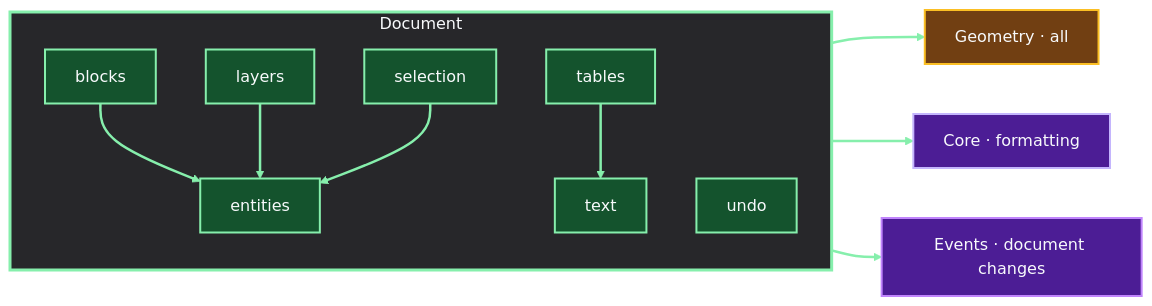
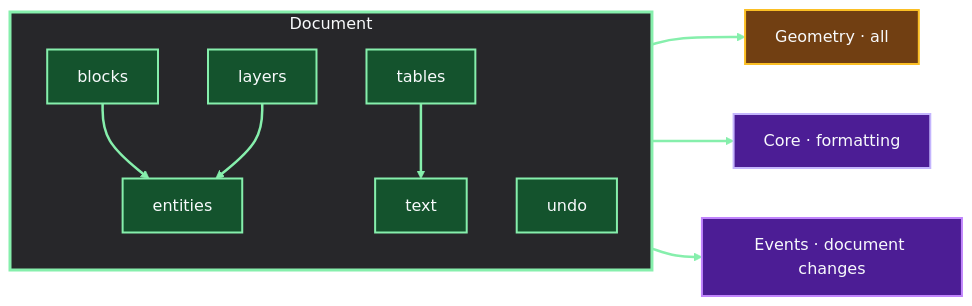
One commit to chetjones003/GoSurvey changed diagram 28 of 42 in docs/architecture/system-dependencies.md. Above: the diagram before and after it, drawn with Mermaid. The commit also changed other lines of this file and 5 other files, not shown here.

First line of the commit message:
docs(architecture): record drawing content and entity store ownership

````diff
--- a/docs/architecture/system-dependencies.md
+++ b/docs/architecture/system-dependencies.md
@@ -916,41 +918,37 @@
 ```mermaid
 flowchart LR
   subgraph document__SRC["Document"]
     direction TB
     document__ent["entities"]
     document__lay["layers"]
     document__blk["blocks"]
     document__tbl["tables"]
     document__txt["text"]
     document__undo["undo"]
-    document__sel["selection"]
   end
   document__t_geometry["Geometry · all"]
   document__t_core_fmt["Core · formatting"]
   document__t_events_docchg["Events · document changes"]
   document__ent --> document__t_geometry
   document__blk --> document__ent
   document__lay --> document__ent
   document__txt --> document__t_core_fmt
   document__tbl --> document__txt
   document__undo --> document__t_events_docchg
-  document__sel --> document__ent
   style document__SRC fill:#27272a,stroke:#86efac,stroke-width:3px,color:#f8fafc
   style document__ent fill:#14532d,stroke:#86efac,stroke-width:2px,color:#f8fafc
   style document__lay fill:#14532d,stroke:#86efac,stroke-width:2px,color:#f8fafc
   style document__blk fill:#14532d,stroke:#86efac,stroke-width:2px,color:#f8fafc
   style document__tbl fill:#14532d,stroke:#86efac,stroke-width:2px,color:#f8fafc
   style document__txt fill:#14532d,stroke:#86efac,stroke-width:2px,color:#f8fafc
   style document__undo fill:#14532d,stroke:#86efac,stroke-width:2px,color:#f8fafc
-  style document__sel fill:#14532d,stroke:#86efac,stroke-width:2px,color:#f8fafc
   style document__t_geometry fill:#713f12,stroke:#fbbf24,stroke-width:2px,color:#f8fafc
   style document__t_core_fmt fill:#4c1d95,stroke:#c4b5fd,stroke-width:2px,color:#f8fafc
   style document__t_events_docchg fill:#4c1d95,stroke:#c084fc,stroke-width:2px,color:#f8fafc
   linkStyle 0 stroke:#86efac,stroke-width:2.5px
   linkStyle 1 stroke:#86efac,stroke-width:2.5px
   linkStyle 2 stroke:#86efac,stroke-width:2.5px
   linkStyle 3 stroke:#86efac,stroke-width:2.5px
   linkStyle 4 stroke:#86efac,stroke-width:2.5px
   linkStyle 5 stroke:#86efac,stroke-width:2.5px
-  linkStyle 6 stroke:#86efac,stroke-width:2.5px
 ```
````
